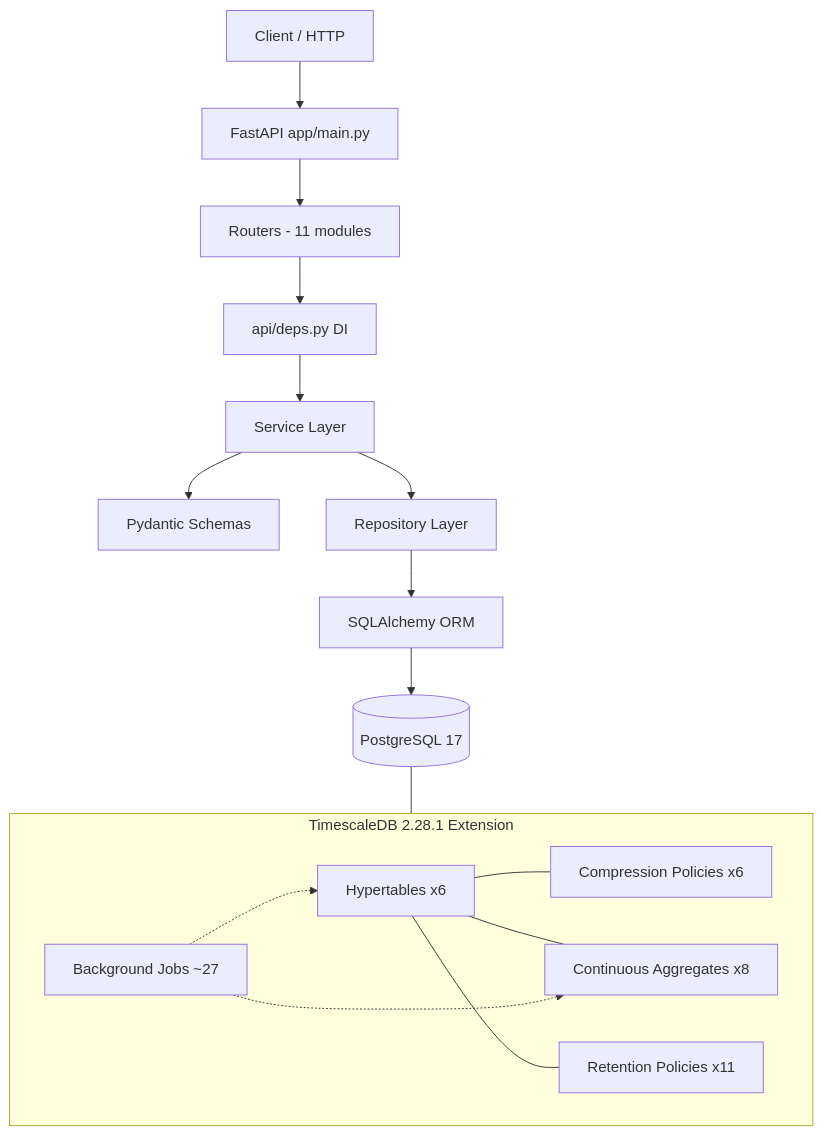
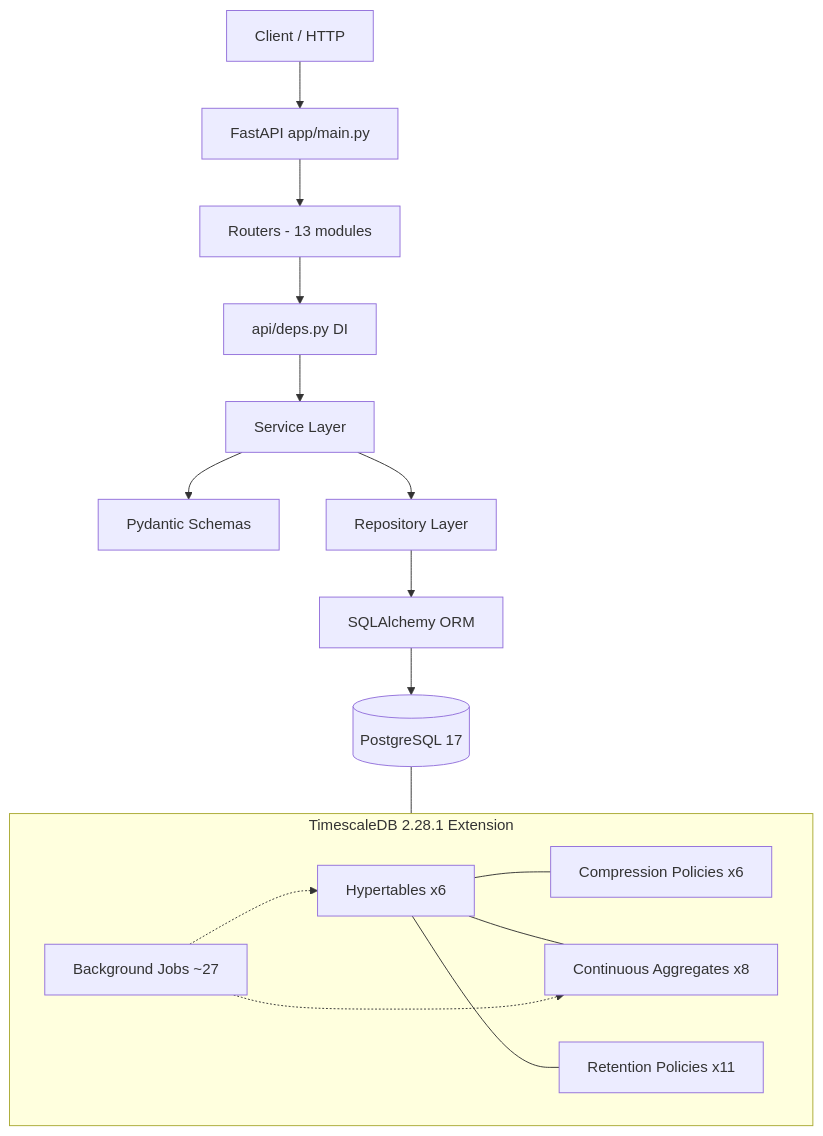
The third of 3 diagrams in docs/reference/architecture-implementation-history.md (santoshnarayanan/AGRIFLOW-AI), drawn with Mermaid before and after one commit. The commit also changed other lines of this file and 9 other files, not shown here.

````diff
--- a/docs/reference/architecture-implementation-history.md
+++ b/docs/reference/architecture-implementation-history.md
@@ -1180,31 +1339,31 @@
 ```mermaid
 flowchart TB
     C[Client / HTTP]
     FA[FastAPI app/main.py]
-    R[Routers - 11 modules]
+    R[Routers - 13 modules]
     D[api/deps.py DI]
     SC[Pydantic Schemas]
     SV[Service Layer]
     RP[Repository Layer]
     ORM[SQLAlchemy ORM]
     DB[(PostgreSQL 17)]
 
     subgraph TimescaleDB["TimescaleDB 2.28.1 Extension"]
         HT[Hypertables x6]
         CP[Compression Policies x6]
         CA[Continuous Aggregates x8]
         RP2[Retention Policies x11]
         BJ[Background Jobs ~27]
     end
 
     C --> FA --> R
     R --> D --> SV
     SV --> SC
     SV --> RP --> ORM --> DB
     DB --- TimescaleDB
     HT --- CP
     HT --- CA
     HT --- RP2
     BJ -.-> HT
     BJ -.-> CA
 ```
````
